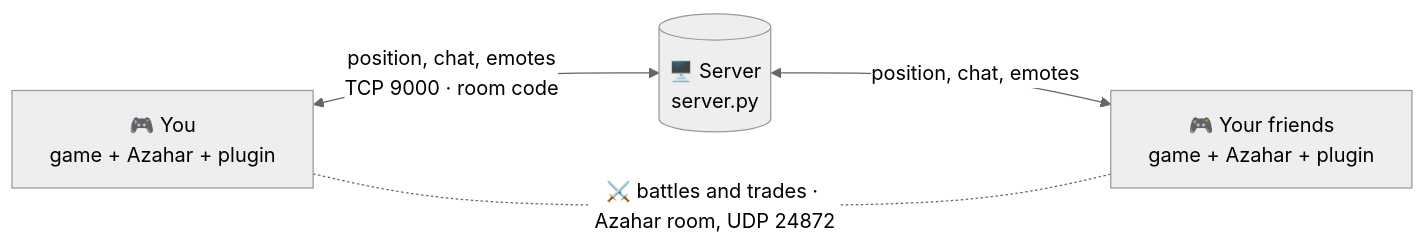
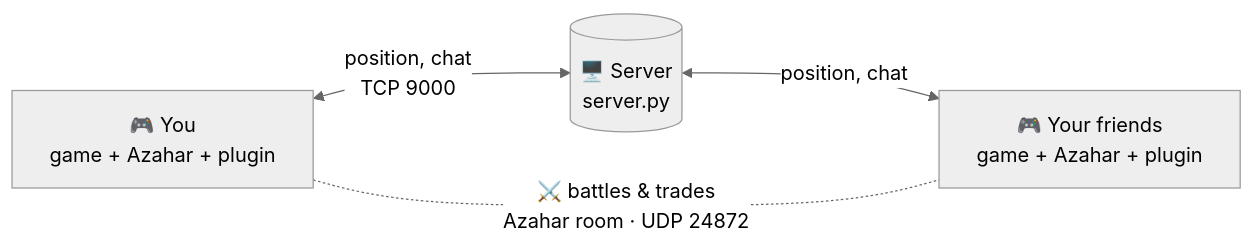
The diagram in README.md (SamuTecYT/ORAS-MMO), drawn with Mermaid (neutral theme) before and after one commit. The commit also changed 1 other file, not shown here.

Commit message:
Docs: shorter labels in the how-it-works diagram

````diff
--- a/README.md
+++ b/README.md
@@ -100,6 +100,6 @@
 ```mermaid
 flowchart LR
-    A["🎮 You<br/>game + Azahar + plugin"] <-->|"position, chat, emotes<br/>TCP 9000 · room code"| S[("🖥️ Server<br/>server.py")]
-    S <-->|"position, chat, emotes"| B["🎮 Your friends<br/>game + Azahar + plugin"]
-    A -.-|"⚔️ battles and trades · Azahar room, UDP 24872"| B
+    A["🎮 You<br/>game + Azahar + plugin"] <-->|"position, chat<br/>TCP 9000"| S[("🖥️ Server<br/>server.py")]
+    S <-->|"position, chat"| B["🎮 Your friends<br/>game + Azahar + plugin"]
+    A -.-|"⚔️ battles & trades<br/>Azahar room · UDP 24872"| B
 ```
````
